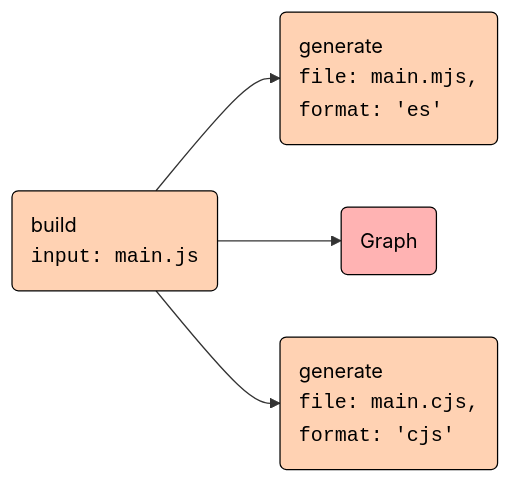
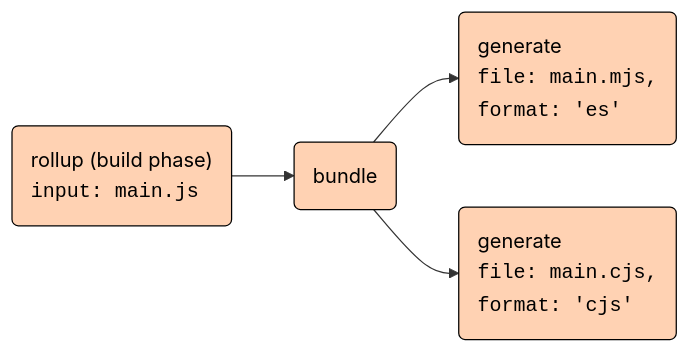
The diagram in ARCHITECTURE.md (rollup/rollup), drawn with Mermaid before and after one commit. The commit also changed other lines of this file, not shown here.

````diff
--- a/ARCHITECTURE.md
+++ b/ARCHITECTURE.md
@@ -37,22 +63,12 @@
 ```mermaid
 flowchart LR
     classDef default fill: transparent, color: black;
     classDef graphobject fill: #ffb3b3, stroke: black;
     classDef command fill: #ffd2b3, stroke: black, text-align: left;
-    build("build\n<code>input: main.js</code>"):::command
-    click outputoptions "#outputoptions" _parent
-    generate1("generate\n<code>file: main.mjs,\nformat: 'es'</code>"):::command
-    click renderstart "#renderstart" _parent
-    generate2("generate\n<code>file: main.cjs,\nformat: 'cjs'</code>"):::command
-    click renderstart "#renderstart" _parent
-    graphobject("Graph"):::graphobject
-    click renderstart "#renderstart" _parent
-    build
---> generate1
+    build("rollup (build phase)\n<code>input: main.js</code>"):::command
+    --> bundle(bundle):::command
+    --> generate1("generate\n<code>file: main.mjs,\nformat: 'es'</code>"):::command
 
-build
---> graphobject
-
-build
---> generate2
+    bundle
+    -->generate2("generate\n<code>file: main.cjs,\nformat: 'cjs'</code>"):::command
 ```
````
